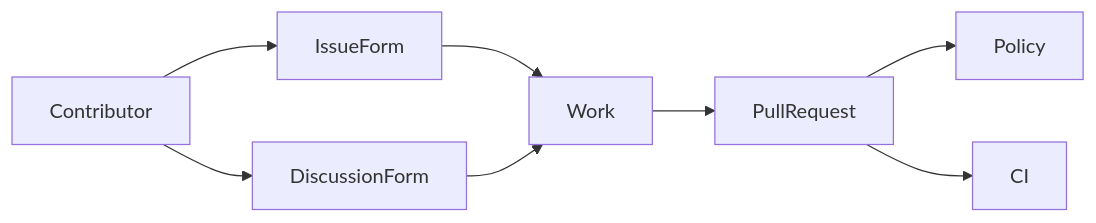
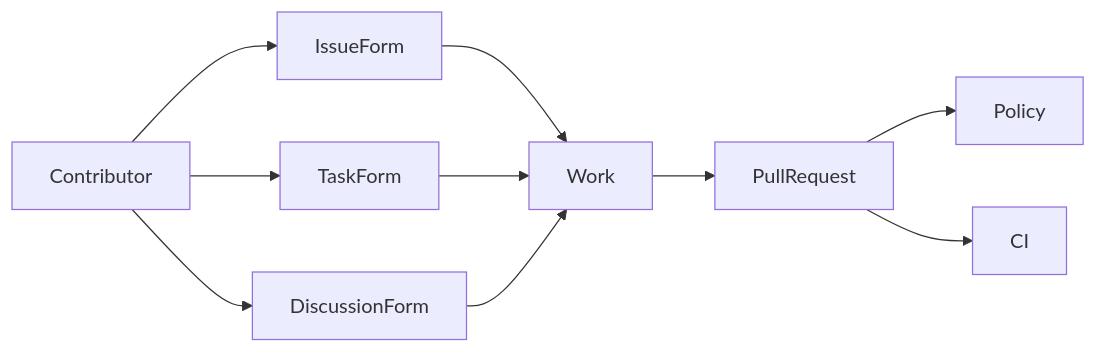
Before and after one commit to streamentry/AGENTOWNERS: the first of 3 diagrams in .github/AGENTS.md, drawn with Mermaid. The commit also changed other lines of this file and 4 other files, not shown here.

````diff
--- a/.github/AGENTS.md
+++ b/.github/AGENTS.md
@@ -20,10 +21,12 @@
 ```mermaid
 flowchart LR
   Contributor --> IssueForm
+  Contributor --> TaskForm
   Contributor --> DiscussionForm
   IssueForm --> Work
+  TaskForm --> Work
   DiscussionForm --> Work
   Work --> PullRequest
   PullRequest --> Policy
   PullRequest --> CI
 ```
````
